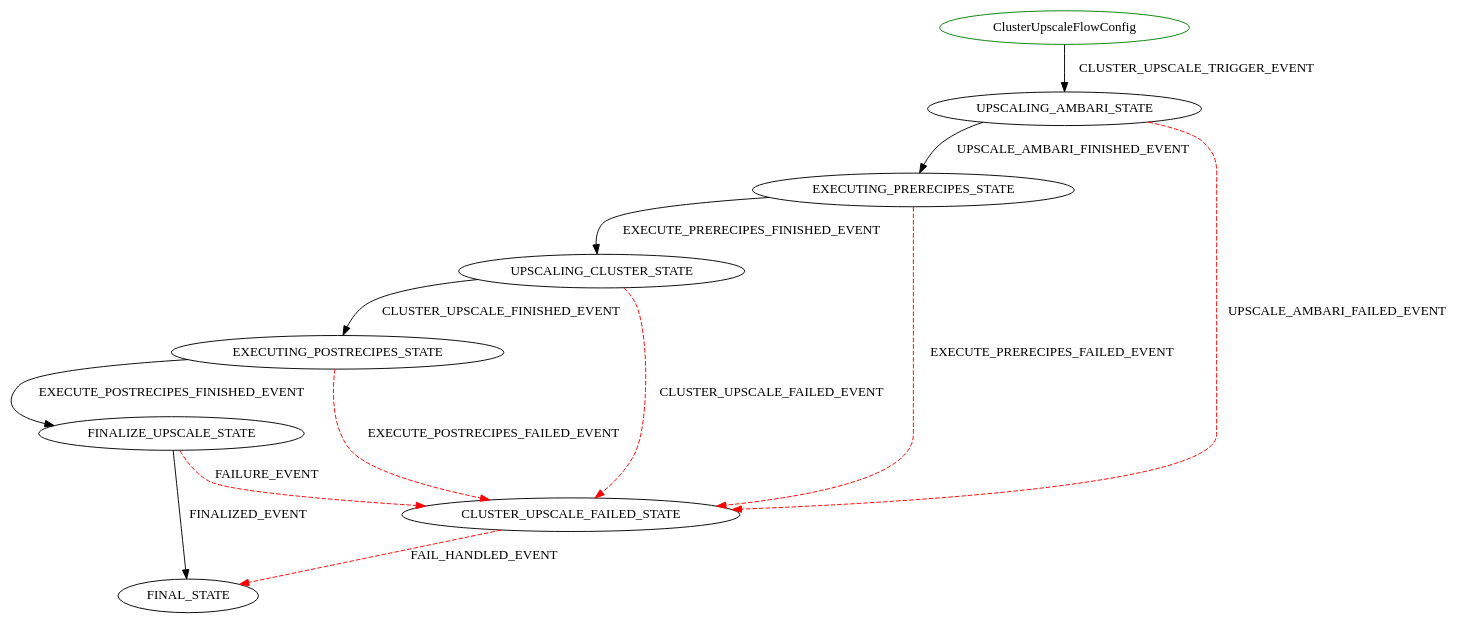
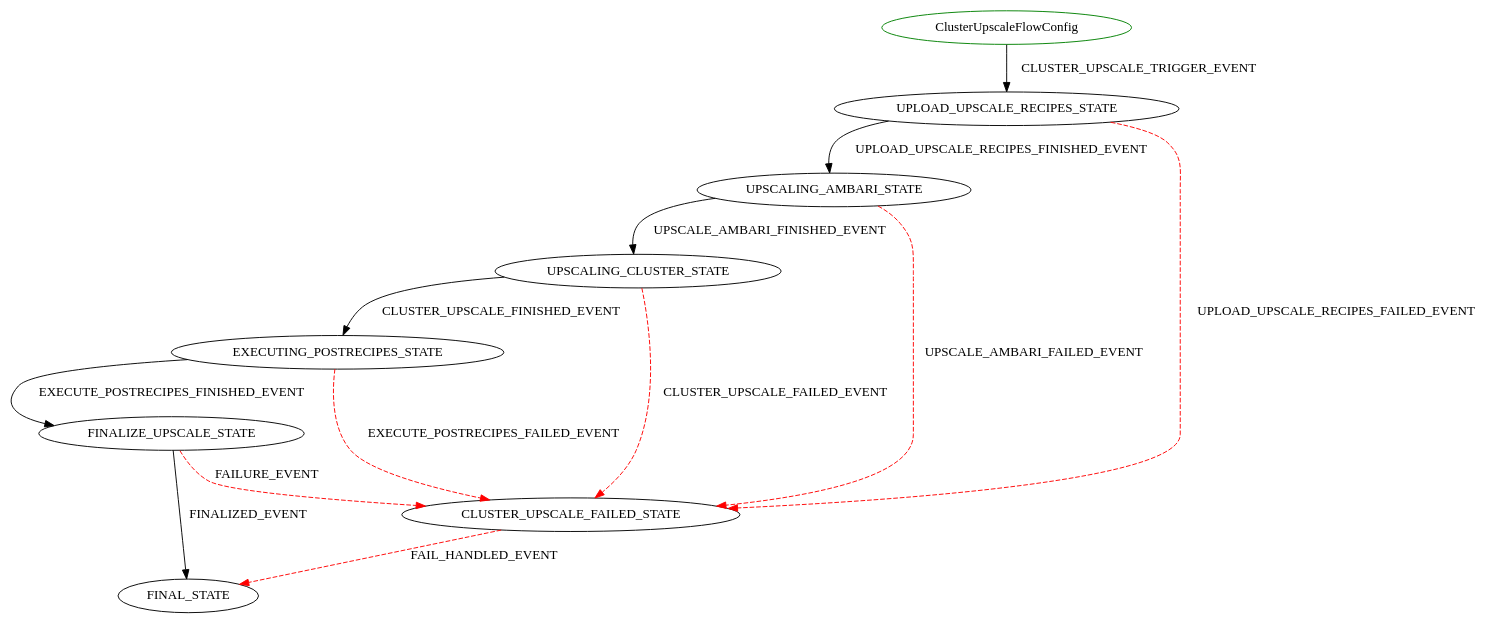
One commit to hortonworks/cloudbreak-docs changed the diagram in latest/diagrams/ClusterUpscaleFlowConfig.dot. Above: the diagram before and after it, drawn with Graphviz. The commit also changed 47 other files, not shown here.

```diff
--- a/latest/diagrams/ClusterUpscaleFlowConfig.dot
+++ b/latest/diagrams/ClusterUpscaleFlowConfig.dot
@@ -1,15 +1,15 @@
 digraph {
 INIT_STATE [label="ClusterUpscaleFlowConfig" shape=ellipse color=green];
-INIT_STATE -> UPSCALING_AMBARI_STATE [label="CLUSTER_UPSCALE_TRIGGER_EVENT" color=black style=solid];
-UPSCALING_AMBARI_STATE -> EXECUTING_PRERECIPES_STATE [label="UPSCALE_AMBARI_FINISHED_EVENT" color=black style=solid];
+INIT_STATE -> UPLOAD_UPSCALE_RECIPES_STATE [label="CLUSTER_UPSCALE_TRIGGER_EVENT" color=black style=solid];
+UPLOAD_UPSCALE_RECIPES_STATE -> UPSCALING_AMBARI_STATE [label="UPLOAD_UPSCALE_RECIPES_FINISHED_EVENT" color=black style=solid];
+UPLOAD_UPSCALE_RECIPES_STATE -> CLUSTER_UPSCALE_FAILED_STATE [label="UPLOAD_UPSCALE_RECIPES_FAILED_EVENT" color=red style=dashed];
+CLUSTER_UPSCALE_FAILED_STATE -> FINAL_STATE [label="FAIL_HANDLED_EVENT" color=red style=dashed];
+UPSCALING_AMBARI_STATE -> UPSCALING_CLUSTER_STATE [label="UPSCALE_AMBARI_FINISHED_EVENT" color=black style=solid];
 UPSCALING_AMBARI_STATE -> CLUSTER_UPSCALE_FAILED_STATE [label="UPSCALE_AMBARI_FAILED_EVENT" color=red style=dashed];
-CLUSTER_UPSCALE_FAILED_STATE -> FINAL_STATE [label="FAIL_HANDLED_EVENT" color=red style=dashed];
-EXECUTING_PRERECIPES_STATE -> UPSCALING_CLUSTER_STATE [label="EXECUTE_PRERECIPES_FINISHED_EVENT" color=black style=solid];
-EXECUTING_PRERECIPES_STATE -> CLUSTER_UPSCALE_FAILED_STATE [label="EXECUTE_PRERECIPES_FAILED_EVENT" color=red style=dashed];
 UPSCALING_CLUSTER_STATE -> EXECUTING_POSTRECIPES_STATE [label="CLUSTER_UPSCALE_FINISHED_EVENT" color=black style=solid];
 UPSCALING_CLUSTER_STATE -> CLUSTER_UPSCALE_FAILED_STATE [label="CLUSTER_UPSCALE_FAILED_EVENT" color=red style=dashed];
 EXECUTING_POSTRECIPES_STATE -> FINALIZE_UPSCALE_STATE [label="EXECUTE_POSTRECIPES_FINISHED_EVENT" color=black style=solid];
 EXECUTING_POSTRECIPES_STATE -> CLUSTER_UPSCALE_FAILED_STATE [label="EXECUTE_POSTRECIPES_FAILED_EVENT" color=red style=dashed];
 FINALIZE_UPSCALE_STATE -> FINAL_STATE [label="FINALIZED_EVENT" color=black style=solid];
 FINALIZE_UPSCALE_STATE -> CLUSTER_UPSCALE_FAILED_STATE [label="FAILURE_EVENT" color=red style=dashed];
 }
```
